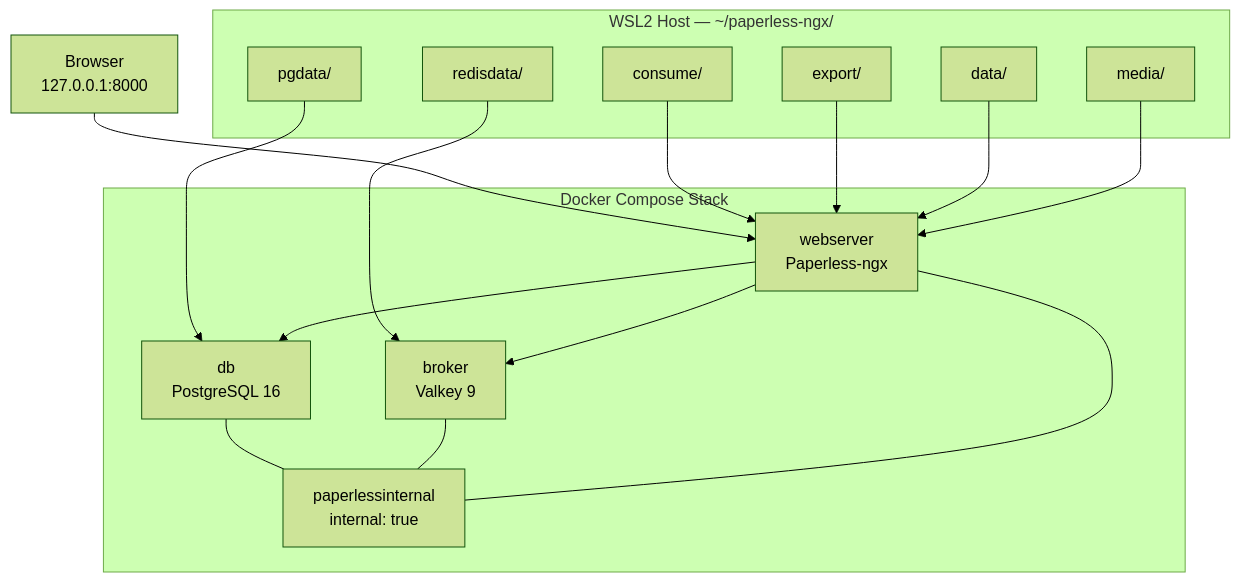
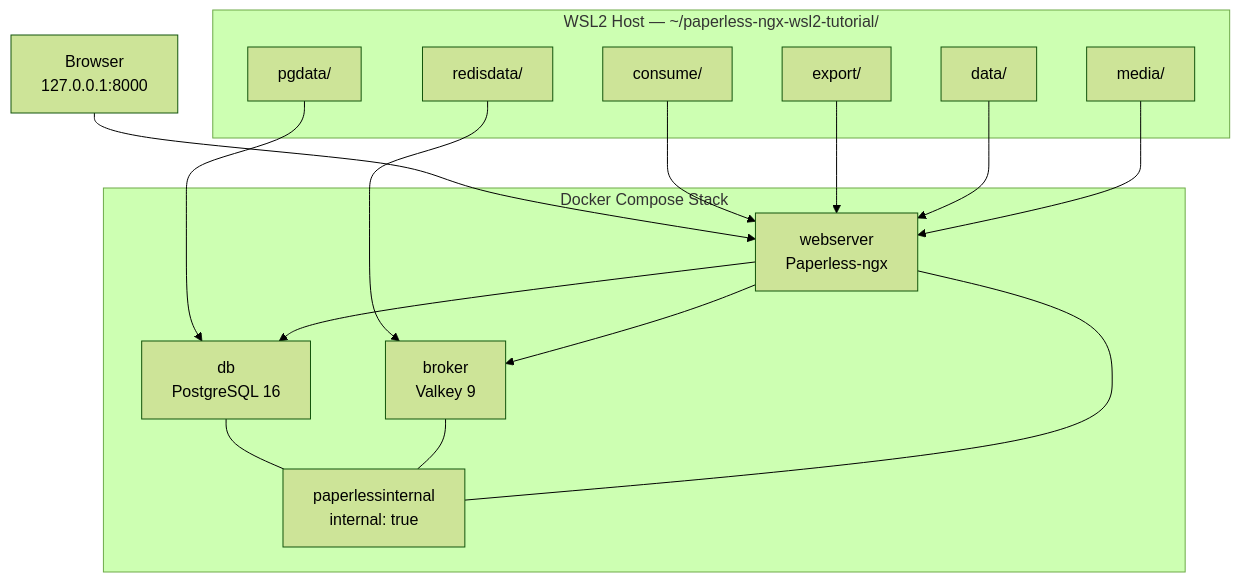
One commit to NoCloudNeeded/paperless-ngx-wsl2-tutorial changed the diagram in README.md. Above: the diagram before and after it, drawn with Mermaid (forest theme). The commit also changed other lines of this file, not shown here.

````diff
--- a/README.md
+++ b/README.md
@@ -9,36 +9,36 @@
 ```mermaid
 flowchart TD
     Browser["Browser<br/>127.0.0.1:8000"]
 
-    subgraph WSL["WSL2 Host — ~/paperless-ngx/"]
+    subgraph WSL["WSL2 Host — ~/paperless-ngx-wsl2-tutorial/"]
         Consume["consume/"]
         Export["export/"]
         Data["data/"]
         Media["media/"]
         PGData["pgdata/"]
         RedisData["redisdata/"]
     end
 
     subgraph Docker["Docker Compose Stack"]
         Web["webserver<br/>Paperless-ngx"]
         DB["db<br/>PostgreSQL 16"]
         Broker["broker<br/>Valkey 9"]
         Internal["paperlessinternal<br/>internal: true"]
     end
 
     Browser --> Web
 
     Consume --> Web
     Export --> Web
     Data --> Web
     Media --> Web
     PGData --> DB
     RedisData --> Broker
 
     Web --> DB
     Web --> Broker
 
     DB --- Internal
     Broker --- Internal
     Web --- Internal
 ```
````
